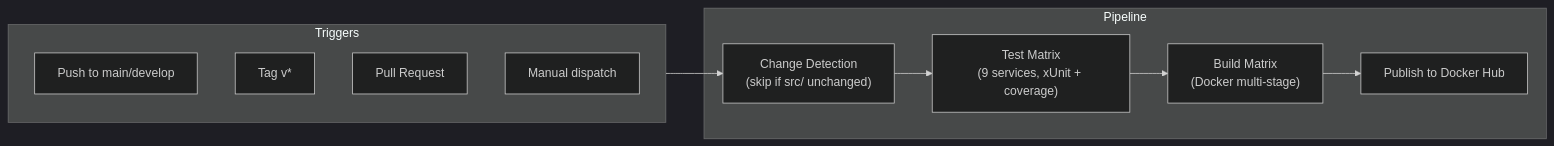
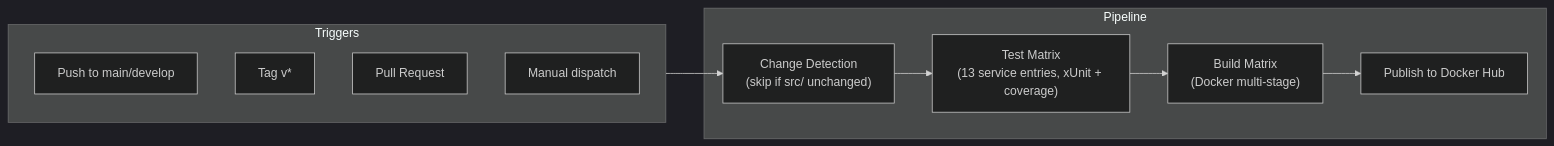
The fifth of 6 diagrams in docs/PROJECT-OVERVIEW.md (SelDanilEv/Defender.MonoRepo), drawn with Mermaid (dark theme) before and after one commit. The commit also changed other lines of this file and 4 other files, not shown here.

````diff
--- a/docs/PROJECT-OVERVIEW.md
+++ b/docs/PROJECT-OVERVIEW.md
@@ -423,21 +434,21 @@
 ```mermaid
 graph LR
     subgraph triggers [Triggers]
         Push["Push to main/develop"]
         Tag["Tag v*"]
         PR["Pull Request"]
         Manual["Manual dispatch"]
     end
 
     subgraph pipeline [Pipeline]
         ChangeDetect["Change Detection<br/>(skip if src/ unchanged)"]
-        TestMatrix["Test Matrix<br/>(9 services, xUnit + coverage)"]
+        TestMatrix["Test Matrix<br/>(13 service entries, xUnit + coverage)"]
         BuildMatrix["Build Matrix<br/>(Docker multi-stage)"]
         Publish["Publish to Docker Hub"]
     end
 
     triggers --> ChangeDetect
     ChangeDetect --> TestMatrix
     TestMatrix --> BuildMatrix
     BuildMatrix --> Publish
 ```
````
